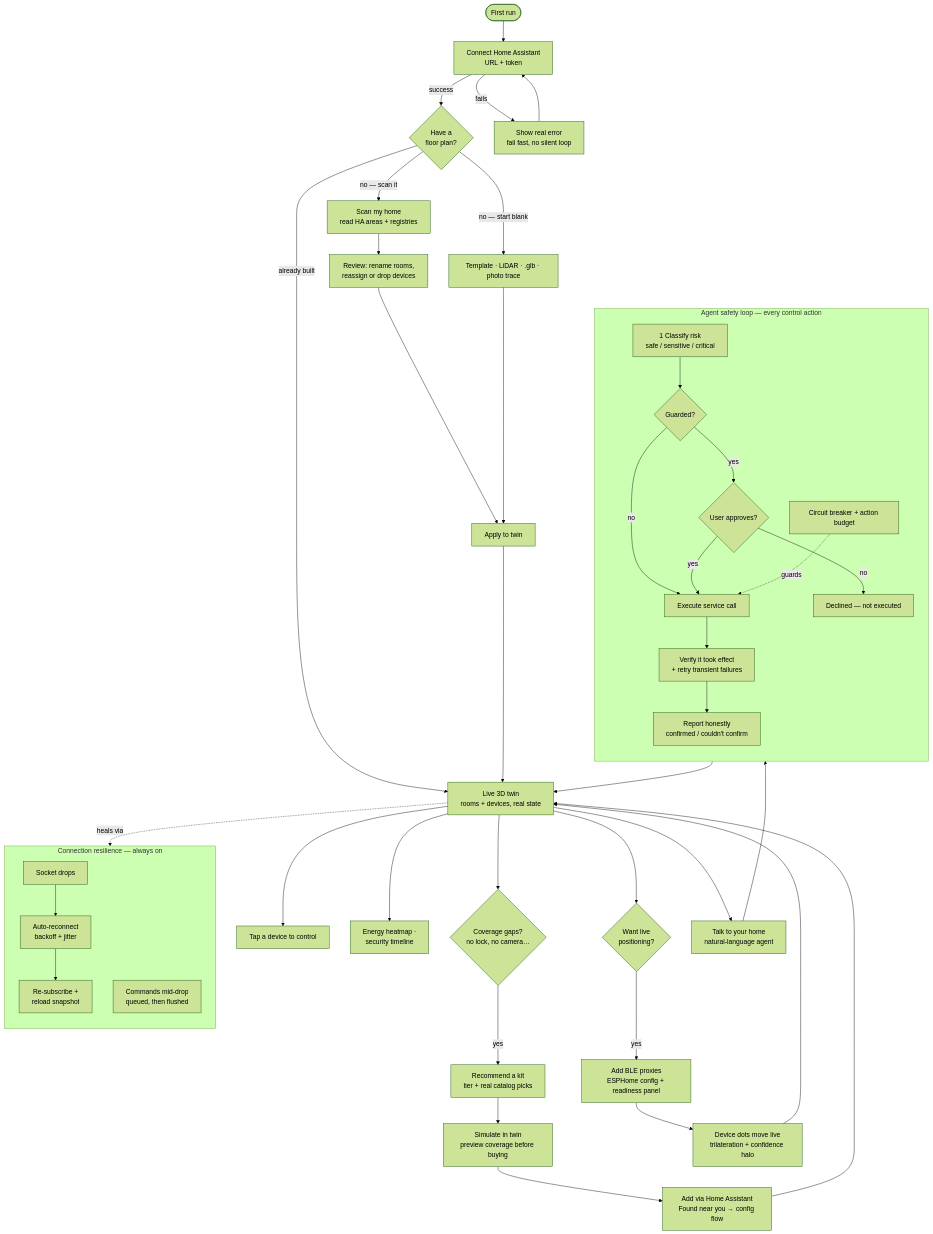
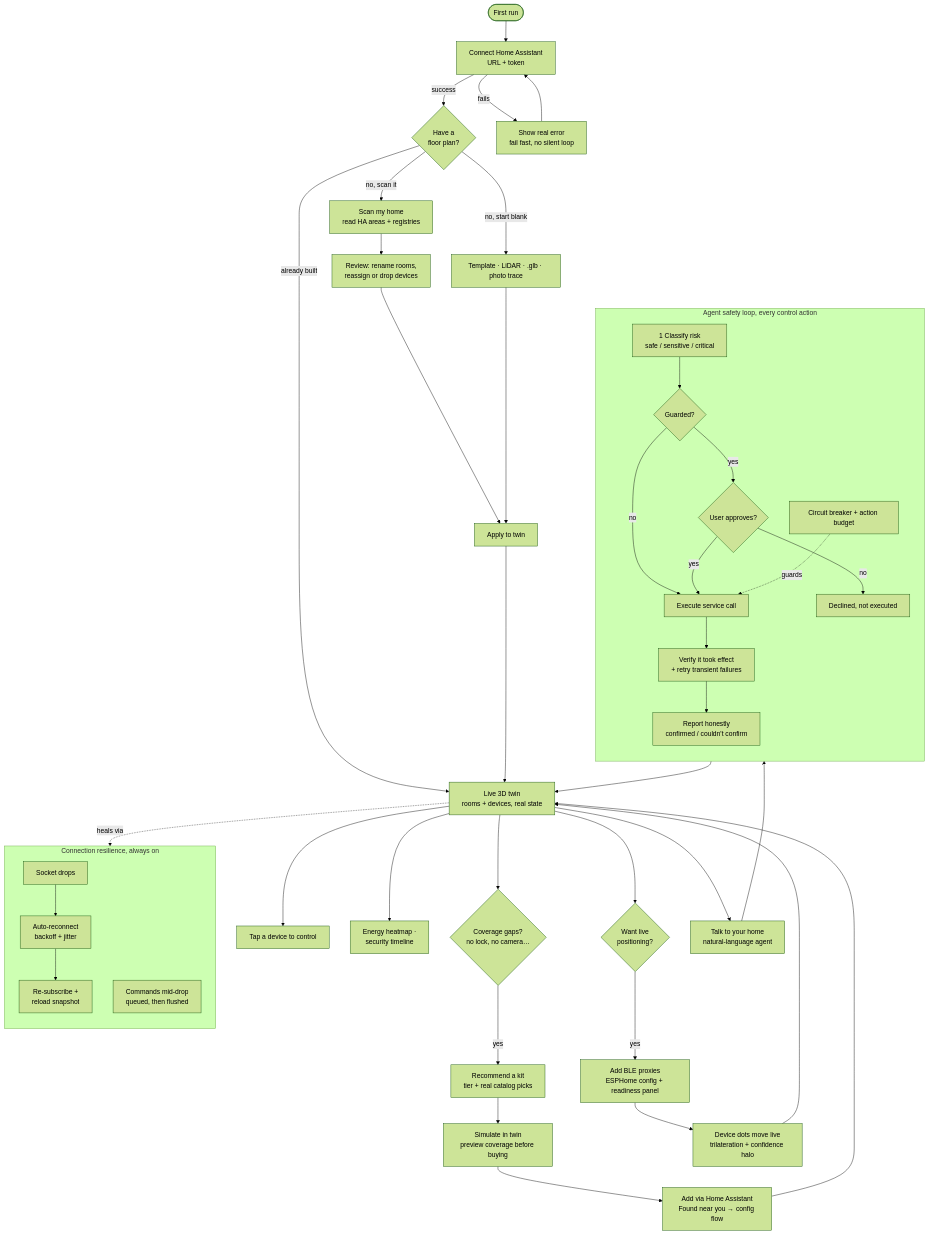
Before and after one commit to Jagga-tech/twinhaus: the first of 2 diagrams in docs/WORKFLOW.md, drawn with Mermaid (forest theme). The commit also changed other lines of this file and 77 other files, not shown here.

````diff
--- a/docs/WORKFLOW.md
+++ b/docs/WORKFLOW.md
@@ -10,56 +10,56 @@
 ```mermaid
 flowchart TD
     Start([First run]) --> Connect["Connect Home Assistant<br/>URL + token"]
     Connect -->|success| Layout{"Have a<br/>floor plan?"}
     Connect -->|fails| Retry["Show real error<br/>fail fast, no silent loop"]
     Retry --> Connect
 
-    Layout -->|"no — scan it"| Scan["Scan my home<br/>read HA areas + registries"]
-    Layout -->|"no — start blank"| Alt["Template · LiDAR · .glb · photo trace"]
+    Layout -->|"no, scan it"| Scan["Scan my home<br/>read HA areas + registries"]
+    Layout -->|"no, start blank"| Alt["Template · LiDAR · .glb · photo trace"]
     Layout -->|already built| Twin
 
     Scan --> Review["Review: rename rooms,<br/>reassign or drop devices"]
     Review --> Apply["Apply to twin"]
     Alt --> Apply
     Apply --> Twin
 
     Twin["Live 3D twin<br/>rooms + devices, real state"] --> Tap["Tap a device to control"]
     Twin --> Views["Energy heatmap ·<br/>security timeline"]
     Twin --> Gaps{"Coverage gaps?<br/>no lock, no camera…"}
 
     Gaps -->|yes| Recommend["Recommend a kit<br/>tier + real catalog picks"]
     Recommend --> Simulate["Simulate in twin<br/>preview coverage before buying"]
     Simulate --> AddFlow["Add via Home Assistant<br/>Found near you → config flow"]
     AddFlow --> Twin
 
     Twin --> Locate{"Want live<br/>positioning?"}
     Locate -->|yes| Proxies["Add BLE proxies<br/>ESPHome config + readiness panel"]
     Proxies --> Dots["Device dots move live<br/>trilateration + confidence halo"]
     Dots --> Twin
 
     Twin --> Talk["Talk to your home<br/>natural-language agent"]
     Talk --> Loop
 
-    subgraph Loop["Agent safety loop — every control action"]
+    subgraph Loop["Agent safety loop, every control action"]
         direction TB
         Classify["1 Classify risk<br/>safe / sensitive / critical"] --> Gate{"Guarded?"}
         Gate -->|no| Exec["Execute service call"]
         Gate -->|yes| Confirm{"User approves?"}
-        Confirm -->|no| Blocked["Declined — not executed"]
+        Confirm -->|no| Blocked["Declined, not executed"]
         Confirm -->|yes| Exec
         Exec --> Verify["Verify it took effect<br/>+ retry transient failures"]
         Verify --> Report["Report honestly<br/>confirmed / couldn't confirm"]
         Breaker["Circuit breaker + action budget"] -.guards.-> Exec
     end
 
     Report --> Twin
 
-    subgraph Resilience["Connection resilience — always on"]
+    subgraph Resilience["Connection resilience, always on"]
         direction TB
         Drop["Socket drops"] --> Reconnect["Auto-reconnect<br/>backoff + jitter"]
         Reconnect --> Resub["Re-subscribe +<br/>reload snapshot"]
         Queue["Commands mid-drop<br/>queued, then flushed"]
     end
 
     Twin -.heals via.-> Resilience
 ```
````
